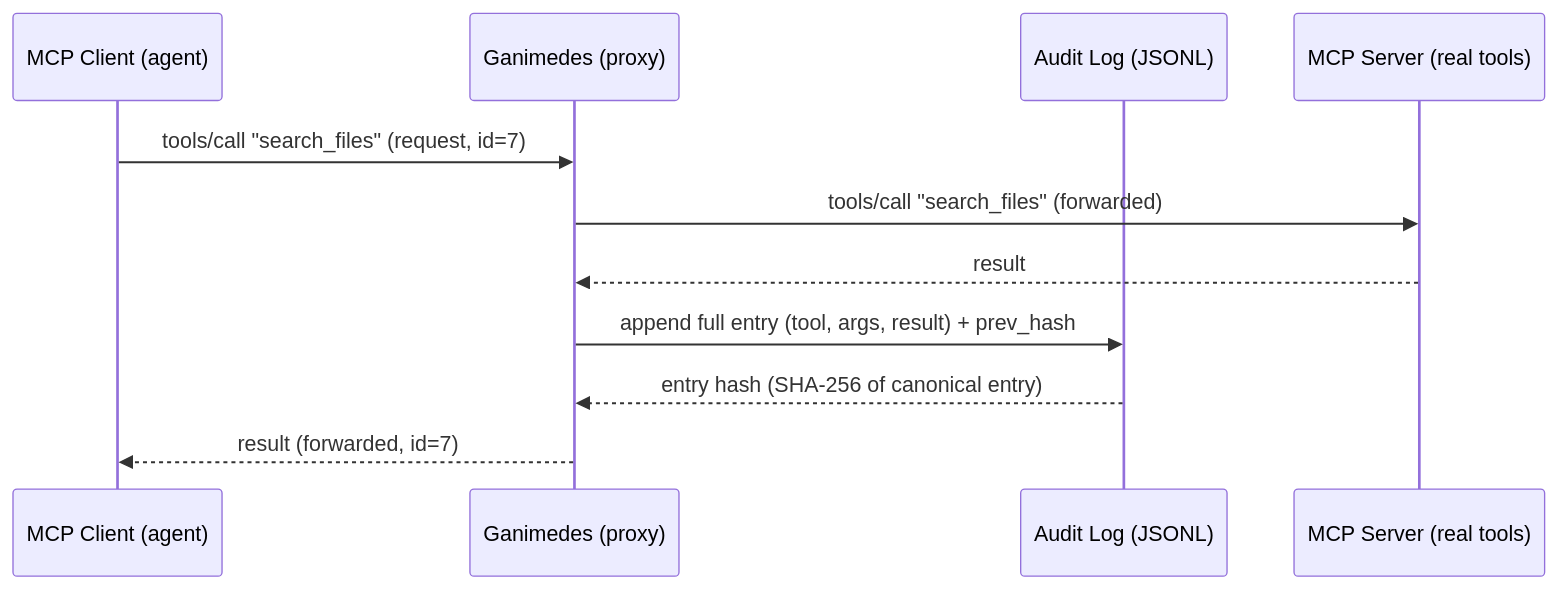
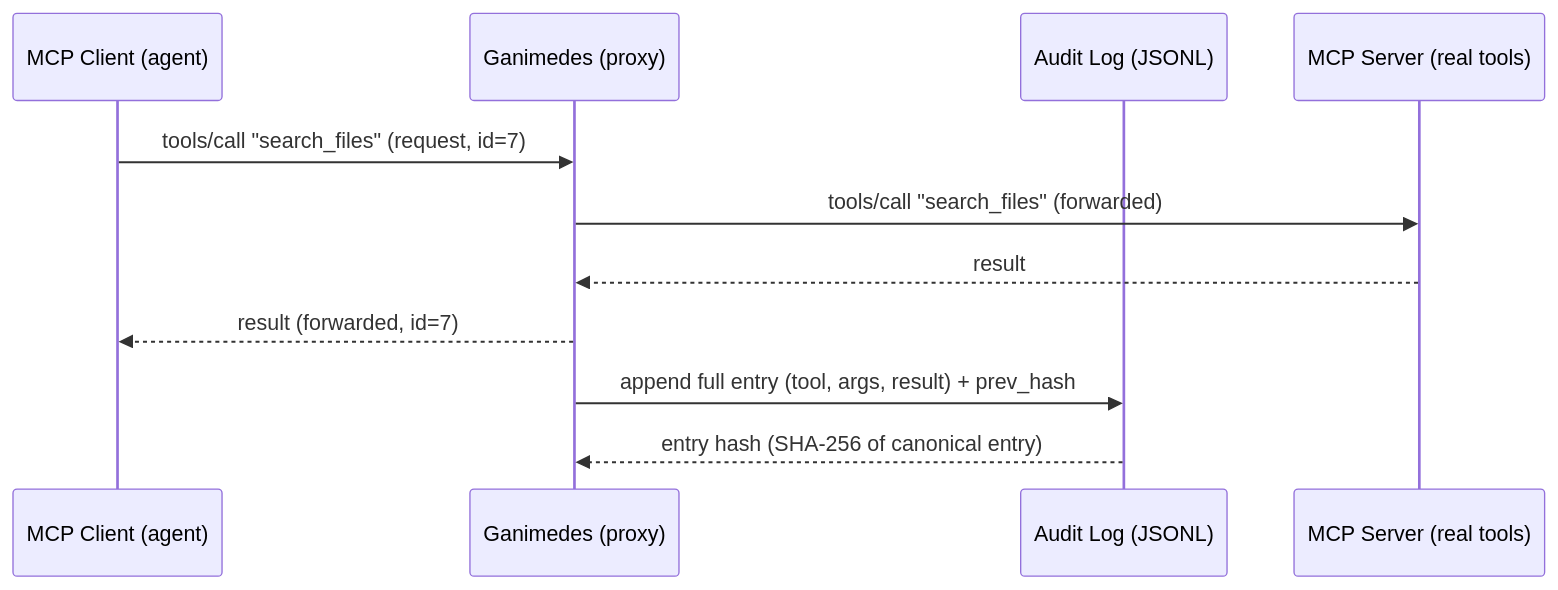
Before and after one commit to Jegoba90/Ganimedes-Project: the second of 4 diagrams in docs/SEQUENCES.md, drawn with Mermaid. The commit also changed other lines of this file and 12 other files, not shown here.

````diff
--- a/docs/SEQUENCES.md
+++ b/docs/SEQUENCES.md
@@ -50,14 +58,14 @@
 ```mermaid
 sequenceDiagram
     participant C as MCP Client (agent)
     participant G as Ganimedes (proxy)
     participant A as Audit Log (JSONL)
     participant S as MCP Server (real tools)
 
     C->>G: tools/call "search_files" (request, id=7)
     G->>S: tools/call "search_files" (forwarded)
     S-->>G: result
+    G-->>C: result (forwarded, id=7)
     G->>A: append full entry (tool, args, result) + prev_hash
     A-->>G: entry hash (SHA-256 of canonical entry)
-    G-->>C: result (forwarded, id=7)
 ```
````
